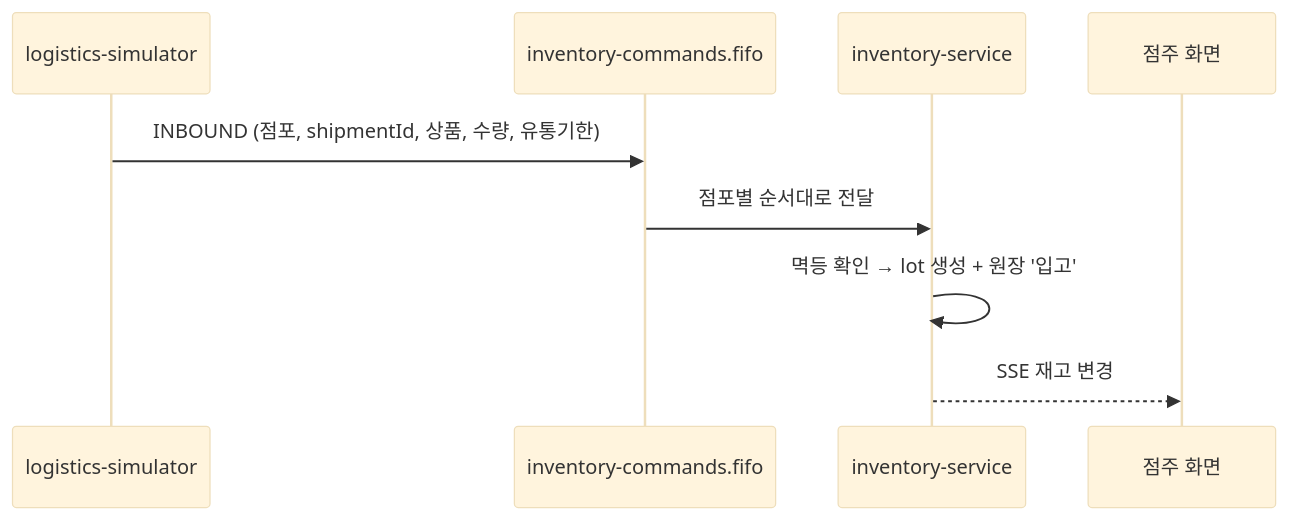
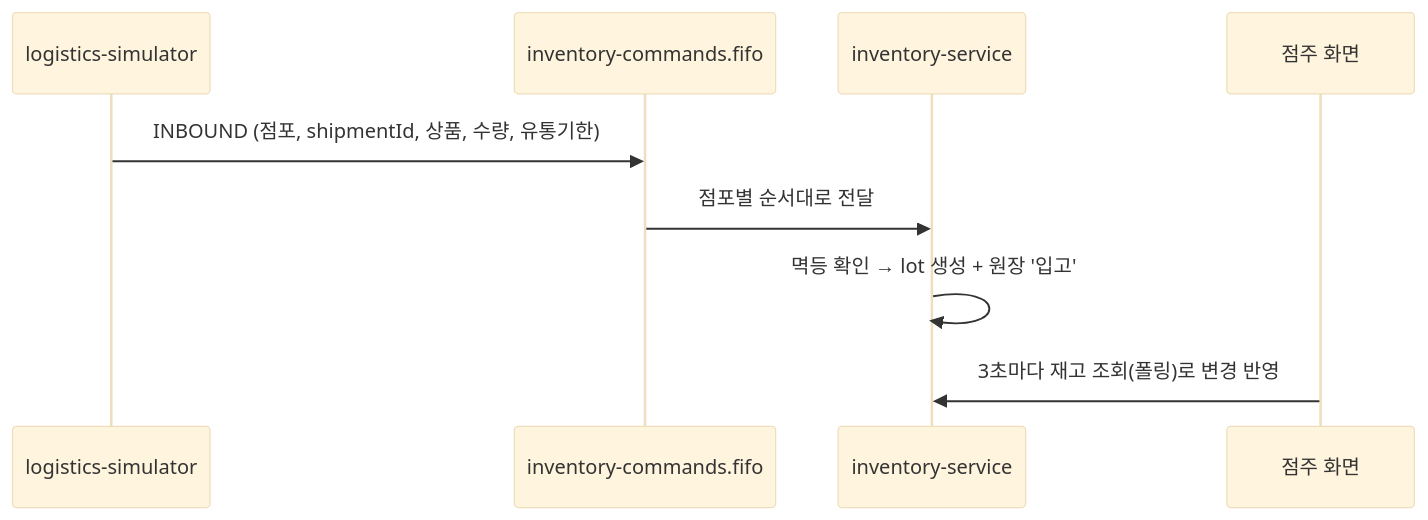
The diagram in README.md (sesac-freshlink/logistics-simulator), drawn with Mermaid (base theme) before and after one commit. The commit also changed 1 other file, not shown here.

Commit message:
docs: 실시간 재고를 3초 폴링 기준으로 정리 (SSE 문구 삭제)

````diff
--- a/README.md
+++ b/README.md
@@ -22,11 +22,11 @@
 ```mermaid
 sequenceDiagram
     participant SIM as logistics-simulator
     participant Q1 as inventory-commands.fifo
     participant INV as inventory-service
     participant OW as 점주 화면
     SIM->>Q1: INBOUND (점포, shipmentId, 상품, 수량, 유통기한)
     Q1->>INV: 점포별 순서대로 전달
     INV->>INV: 멱등 확인 → lot 생성 + 원장 '입고'
-    INV-->>OW: SSE 재고 변경
+    OW->>INV: 3초마다 재고 조회(폴링)로 변경 반영
 ```
````
